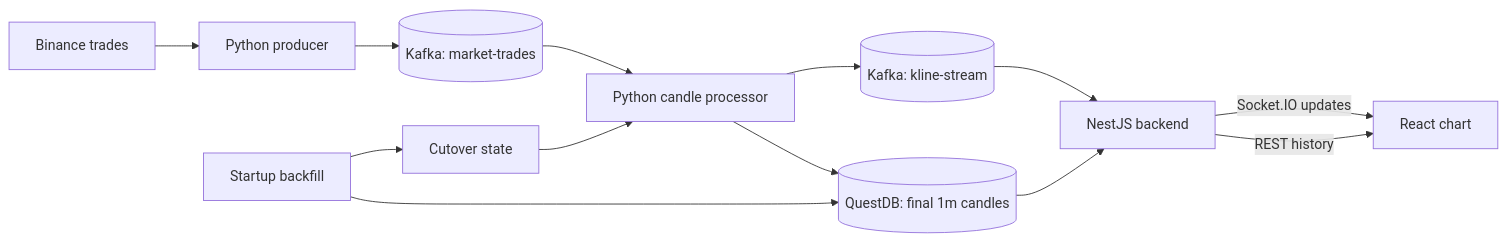
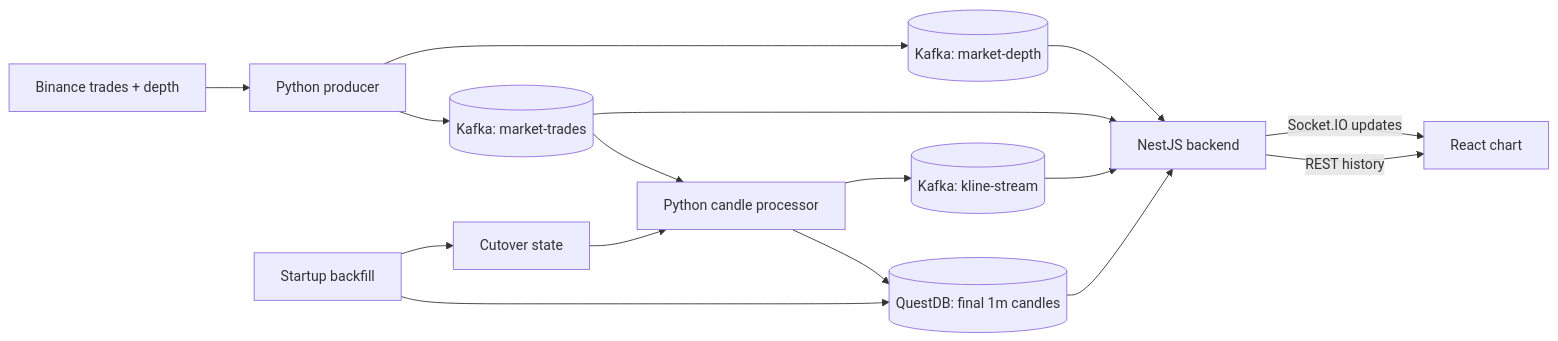
The diagram in README.md (Zane-Theodore/NexTick), drawn with Mermaid before and after one commit. The commit also changed other lines of this file and 3 other files, not shown here.

Commit message:
feat: enhance documentation to include market depth handling and clarify component responsibilities

````diff
--- a/README.md
+++ b/README.md
@@ -31,15 +32,18 @@
 ```mermaid
 flowchart LR
-  Binance["Binance trades"] --> Producer["Python producer"]
+  Binance["Binance trades + depth"] --> Producer["Python producer"]
   Producer --> Trades[("Kafka: market-trades")]
+  Producer --> Depth[("Kafka: market-depth")]
   Trades --> Processor["Python candle processor"]
+  Trades --> Backend
+  Depth --> Backend
   Backfill["Startup backfill"] --> QuestDB[("QuestDB: final 1m candles")]
   Backfill --> Cutover["Cutover state"]
   Cutover --> Processor
   Processor --> QuestDB
   Processor --> Klines[("Kafka: kline-stream")]
   QuestDB --> Backend["NestJS backend"]
   Klines --> Backend
   Backend -->|"REST history"| Frontend["React chart"]
   Backend -->|"Socket.IO updates"| Frontend
 ```
````
